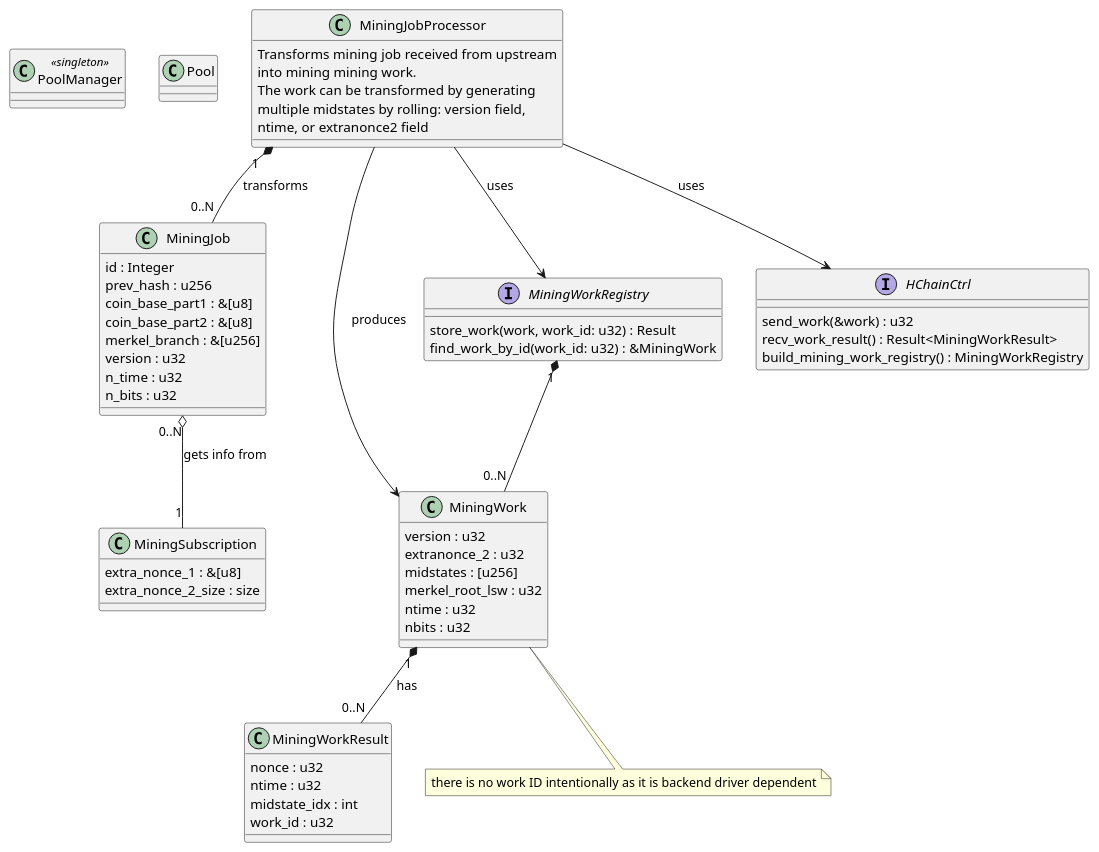
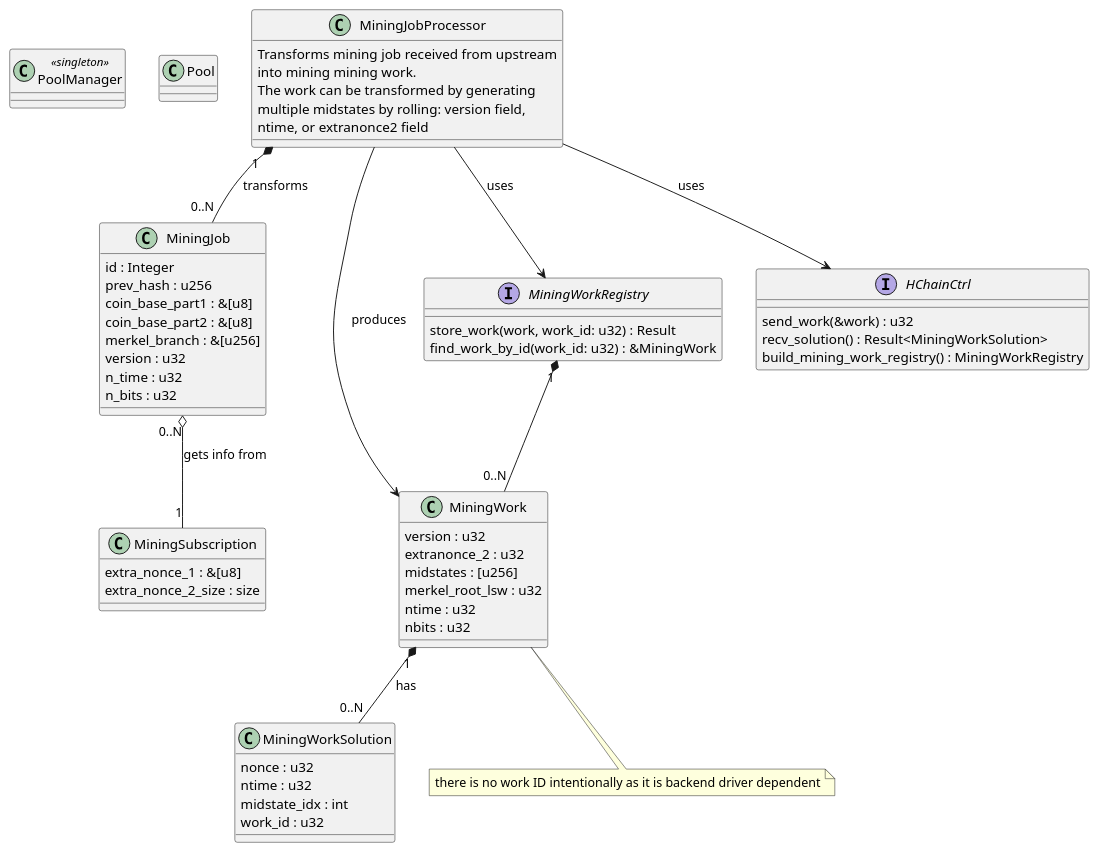
One commit to xertSuns1/braiins changed the diagram in open/bosminer/classes.puml. Above: the diagram before and after it, drawn with PlantUML. The commit also changed 4 other files, not shown here.

Commit message:
rurminer: Rename all identifiers containing 'mining result' to 'mining solution'

```diff
--- a/open/bosminer/classes.puml
+++ b/open/bosminer/classes.puml
@@ -1,81 +1,81 @@
 @startuml
 
 class PoolManager <<singleton>> {
 }
 
 class Pool {
 
 }
 
 class MiningSubscription {
   extra_nonce_1 : &[u8]
   extra_nonce_2_size : size
 }
 
 class MiningJob {
   id : Integer
   prev_hash : u256
   coin_base_part1 : &[u8]
   coin_base_part2 : &[u8]
   merkel_branch : &[u256]
   version : u32
   n_time : u32
   n_bits : u32
 
 }
 class MiningJobProcessor {
 Transforms mining job received from upstream
 into mining mining work.
 The work can be transformed by generating
 multiple midstates by rolling: version field,
 ntime, or extranonce2 field
 }
 class MiningWork {
   version : u32
   extranonce_2 : u32
   midstates : [u256]
   merkel_root_lsw : u32
   ntime : u32
   nbits : u32
 }
 
-class MiningWorkResult {
+class MiningWorkSolution {
   nonce : u32
   ntime : u32
   midstate_idx : int
   work_id : u32
 }
 
 Interface MiningWorkRegistry {
   store_work(work, work_id: u32) : Result
   find_work_by_id(work_id: u32) : &MiningWork
 }
 
 MiningWorkRegistry "1" *-- "0..N" MiningWork
 note "there is no work ID intentionally as it is backend driver dependent" as MWN1
 
 MiningWork .. MWN1
 
 Interface HChainCtrl {
   send_work(&work) : u32
-  recv_work_result() : Result<MiningWorkResult>
+  recv_solution() : Result<MiningWorkSolution>
   build_mining_work_registry() : MiningWorkRegistry
 }
 
 class MiningJobProcessor {
 }
 
 MiningJob "0..N" o-- "1" MiningSubscription : gets info from
 
 'MiningSubscription "" o-- ""
 
 MiningJobProcessor "1" *-- "0..N" MiningJob : transforms
 MiningJobProcessor --> MiningWork : produces
 MiningJobProcessor --> HChainCtrl : uses
 MiningJobProcessor --> MiningWorkRegistry : uses
 
-MiningWork "1" *-- "0..N" MiningWorkResult : has
+MiningWork "1" *-- "0..N" MiningWorkSolution : has
 
 
 
 @enduml
```
